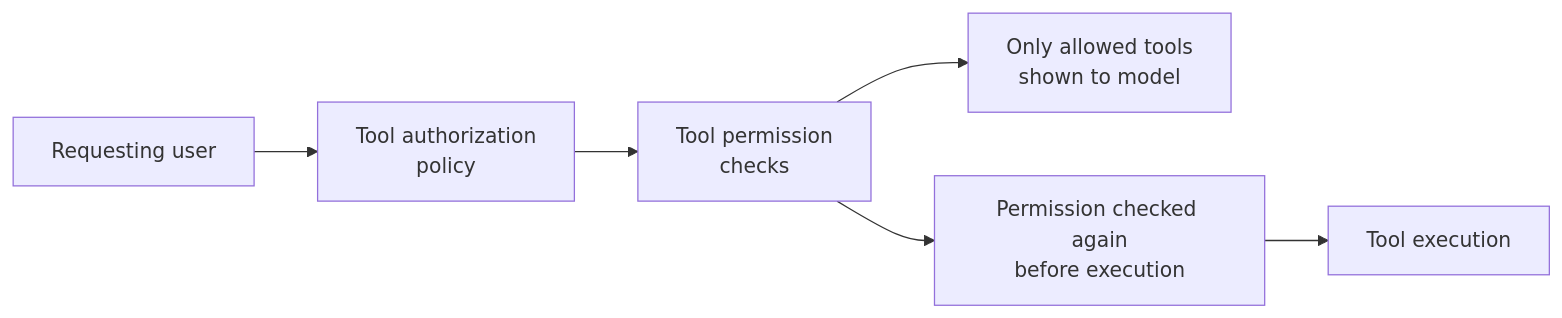
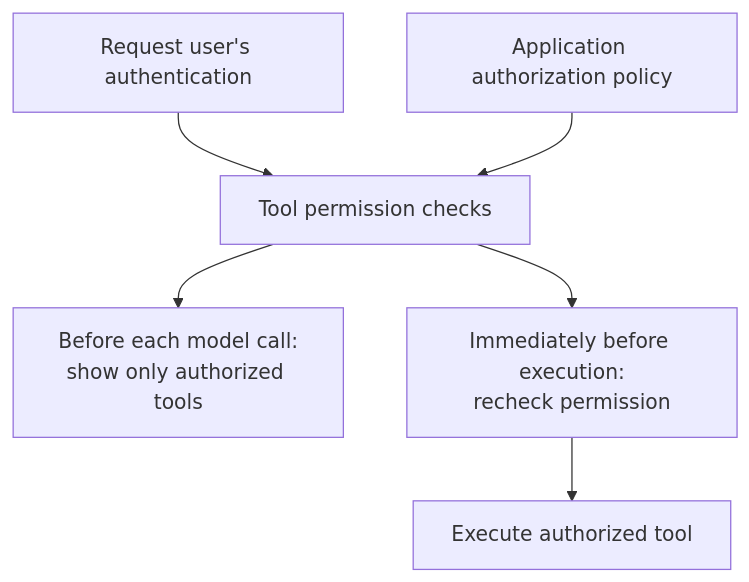
The fourth of 4 diagrams in docs/architecture.md (ultramancode/spring-ai-privacy-guardrails), drawn with Mermaid before and after one commit. The commit also changed other lines of this file and 61 other files, not shown here.

````diff
--- a/docs/architecture.md
+++ b/docs/architecture.md
@@ -258,8 +279,8 @@
 ```mermaid
-flowchart LR
-    A["Requesting user"] --> B["Tool authorization<br/>policy"]
-    B --> D["Tool permission<br/>checks"]
-    D --> E["Only allowed tools<br/>shown to model"]
-    D --> F["Permission checked again<br/>before execution"]
-    F --> G["Tool execution"]
+flowchart TD
+    A["Request user's authentication"] --> D["Tool permission checks"]
+    B["Application authorization policy"] --> D
+    D --> E["Before each model call:<br/>show only authorized tools"]
+    D --> F["Immediately before execution:<br/>recheck permission"]
+    F --> G["Execute authorized tool"]
 ```
````
